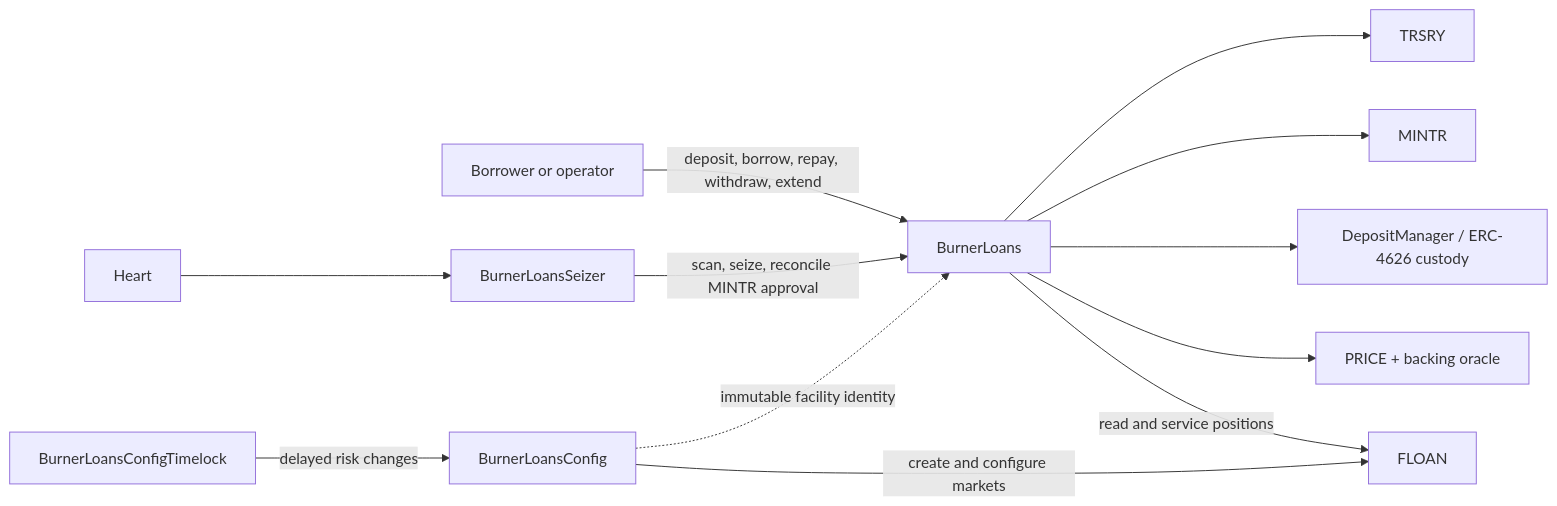
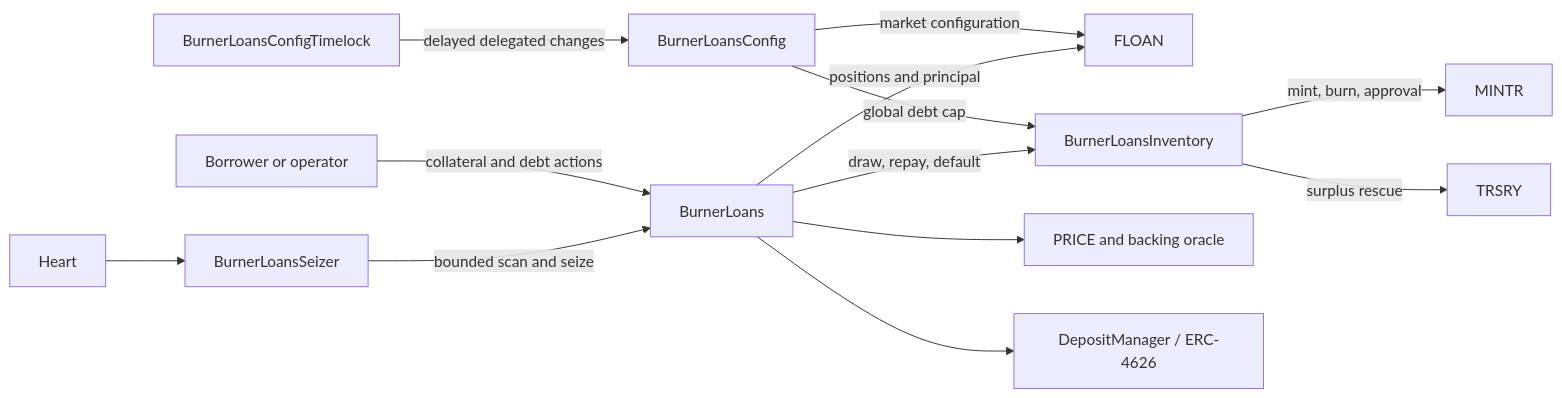
One commit to OlympusDAO/olympus-v3 changed the first of 4 diagrams in documentation/burner_loans.md. Above: the diagram before and after it, drawn with Mermaid. The commit also changed other lines of this file and 141 other files, not shown here.

Commit message:
feat(burner-loans): add OHM inventory policy

````diff
--- a/documentation/burner_loans.md
+++ b/documentation/burner_loans.md
@@ -15,14 +15,15 @@
 ```mermaid
 flowchart LR
-    USER["Borrower or operator"] -->|"deposit, borrow, repay, withdraw, extend"| BL["BurnerLoans"]
-    CONFIG["BurnerLoansConfig"] -->|"create and configure markets"| FLOAN["FLOAN"]
-    CONFIG -.->|"immutable facility identity"| BL
-    TIMELOCK["BurnerLoansConfigTimelock"] -->|"delayed risk changes"| CONFIG
-    BL -->|"read and service positions"| FLOAN
-    BL --> PRICE["PRICE + backing oracle"]
-    BL --> DM["DepositManager / ERC-4626 custody"]
-    BL --> MINTR["MINTR"]
-    BL --> TRSRY["TRSRY"]
+    USER["Borrower or operator"] -->|"collateral and debt actions"| BL["BurnerLoans"]
+    CONFIG["BurnerLoansConfig"] -->|"market configuration"| FLOAN["FLOAN"]
+    CONFIG -->|"global debt cap"| INV["BurnerLoansInventory"]
+    TIMELOCK["BurnerLoansConfigTimelock"] -->|"delayed delegated changes"| CONFIG
+    BL -->|"positions and principal"| FLOAN
+    BL -->|"draw, repay, default"| INV
+    INV -->|"mint, burn, approval"| MINTR["MINTR"]
+    INV -->|"surplus rescue"| TRSRY["TRSRY"]
+    BL --> PRICE["PRICE and backing oracle"]
+    BL --> DM["DepositManager / ERC-4626"]
     HEART["Heart"] --> SEIZER["BurnerLoansSeizer"]
-    SEIZER -->|"scan, seize, reconcile MINTR approval"| BL
+    SEIZER -->|"bounded scan and seize"| BL
 ```
````
